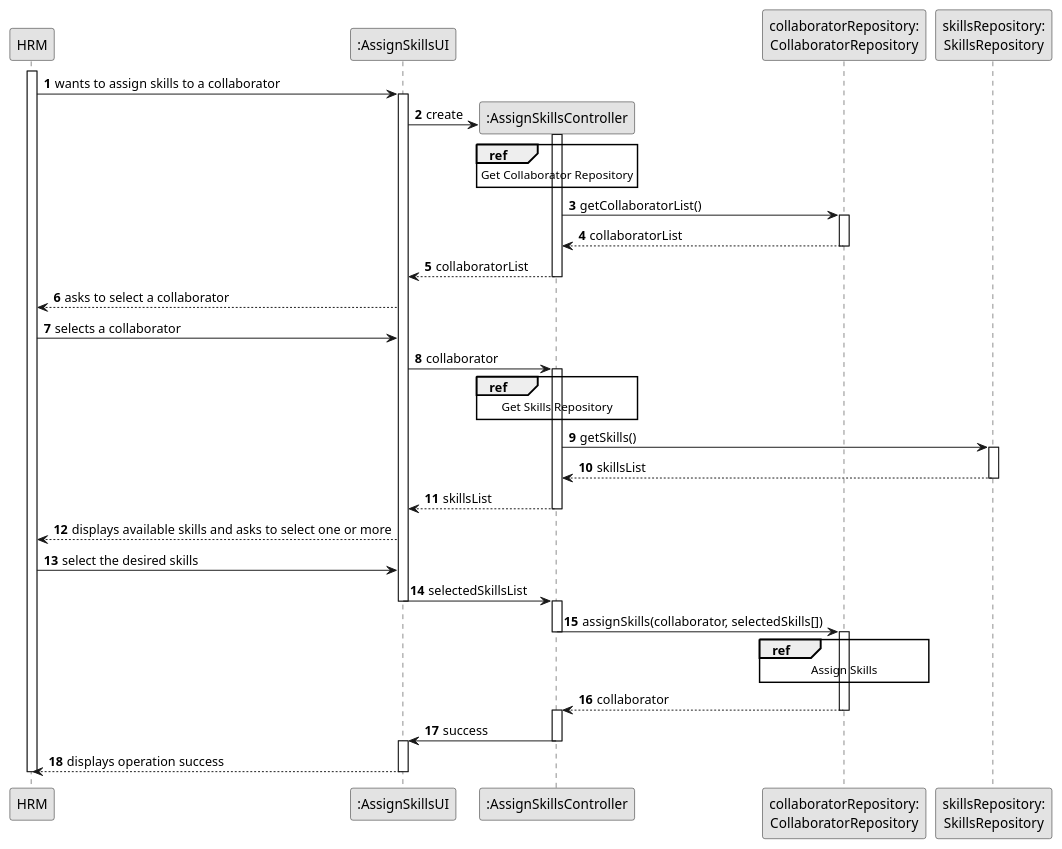
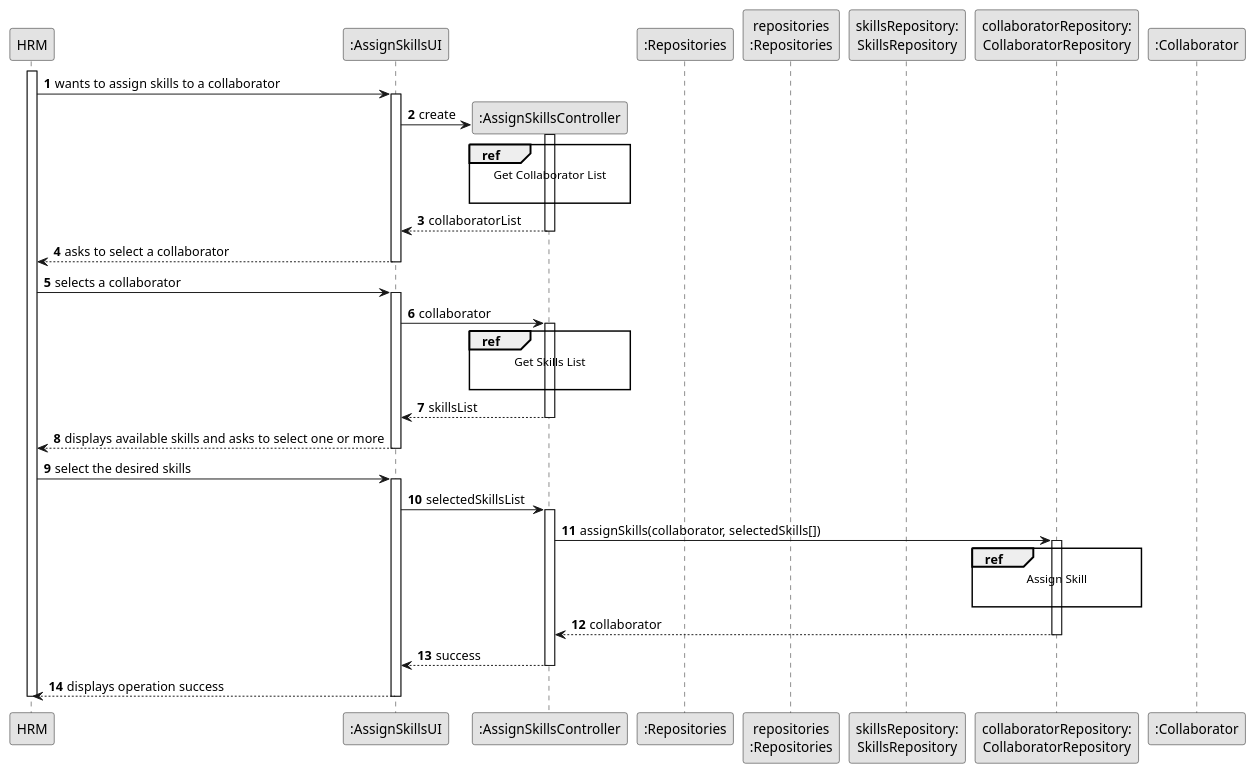
Before and after one commit to ricardomm7/leaflink: the diagram in docs/sprintB/us004/03.design/puml/us004-sequence-diagram-split.puml, drawn with PlantUML. The commit also changed 10 other files, not shown here.

```diff
--- a/docs/sprintB/us004/03.design/puml/us004-sequence-diagram-split.puml
+++ b/docs/sprintB/us004/03.design/puml/us004-sequence-diagram-split.puml
@@ -1,69 +1,83 @@
 @startuml
 skinparam monochrome true
 skinparam packageStyle rectangle
 skinparam shadowing false
 
 autonumber
 
 participant "HRM" as HRM
 participant ":AssignSkillsUI" as UI
 participant ":AssignSkillsController" as CTRL
+participant ":Repositories" as GlobRepo
+participant "repositories\n:Repositories" as PLAT
+participant "skillsRepository:\nSkillsRepository" as skillsRepository
 participant "collaboratorRepository:\nCollaboratorRepository" as CLBREP
-participant "skillsRepository:\nSkillsRepository" as skillsRepository
+participant ":Collaborator" as CLB
+
+activate HRM
+
+HRM -> UI : wants to assign skills to a collaborator
+activate UI
+
+UI -> CTRL** : create
+activate CTRL
+
+    ref over CTRL
+                                    Get Collaborator List
+
+                                end ref
 
 
-activate HRM
-HRM -> UI : wants to assign skills to a collaborator
-activate UI
-UI -> CTRL** : create
 
-
-activate CTRL
-ref over CTRL
-Get Collaborator Repository
-end ref
-
-
-CTRL -> CLBREP : getCollaboratorList()
-activate CLBREP
-CLBREP --> CTRL : collaboratorList
-deactivate CLBREP
 CTRL --> UI : collaboratorList
 deactivate CTRL
+
 UI --> HRM : asks to select a collaborator
+deactivate UI
+
 HRM -> UI : selects a collaborator
+activate UI
+
 UI -> CTRL : collaborator
 activate CTRL
 
 ref over CTRL
-Get Skills Repository
-end ref
-CTRL -> skillsRepository : getSkills()
-activate skillsRepository
-skillsRepository --> CTRL : skillsList
-deactivate skillsRepository
+                                Get Skills List
+
+                            end ref
+
+
+
 CTRL --> UI : skillsList
 deactivate CTRL
+
 UI --> HRM : displays available skills and asks to select one or more
+deactivate UI
+
 HRM -> UI : select the desired skills
+activate UI
+
 UI -> CTRL : selectedSkillsList
-deactivate UI
 activate CTRL
 
+CTRL -> CLBREP : assignSkills(collaborator, selectedSkills[])
+activate CLBREP
 
-CTRL -> CLBREP : assignSkills(collaborator, selectedSkills[])
-deactivate CTRL
-activate CLBREP
 ref over CLBREP
-Assign Skills
-end ref
+                                Assign Skill
+
+                            end ref
+
+
+
 CLBREP --> CTRL : collaborator
 deactivate CLBREP
-activate CTRL
-CTRL -> UI : success
+
+
+CTRL --> UI : success
 deactivate CTRL
-activate UI
+
 UI --> HRM : displays operation success
 deactivate UI
 deactivate HRM
 @enduml
```
